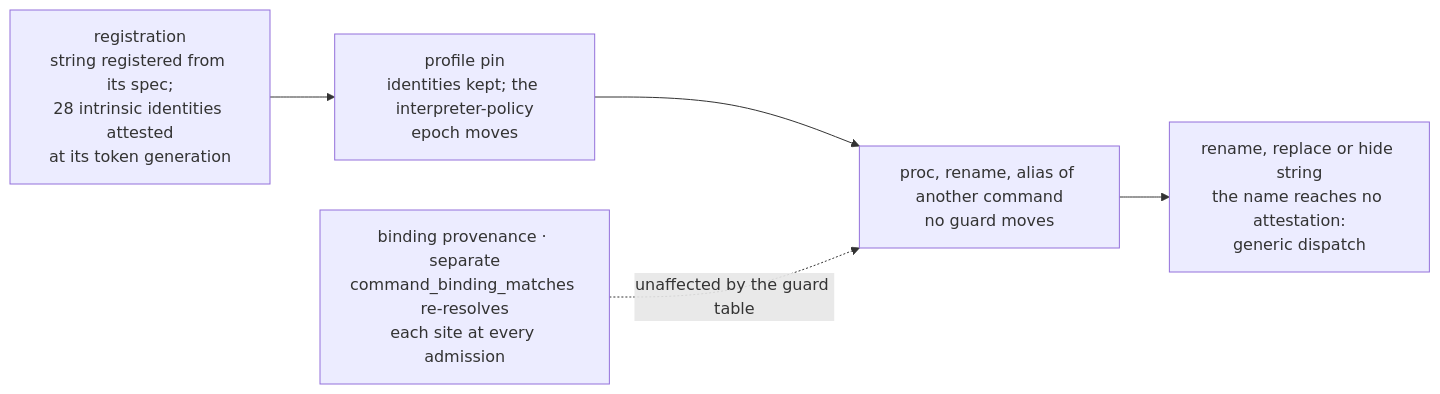
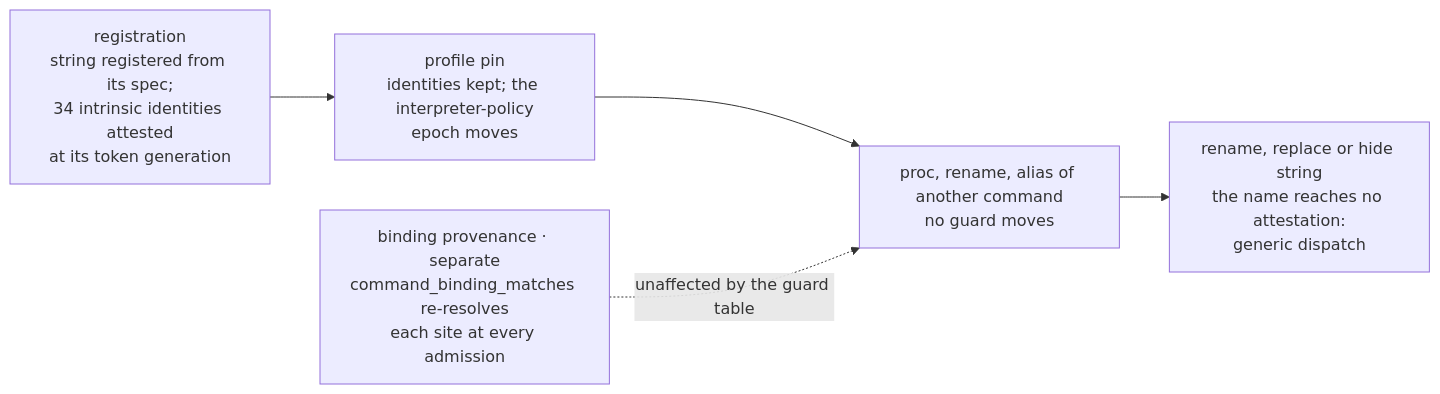
Before and after one commit to bitwisecook/tcl-lsp: the second of 4 diagrams in docs/design/compiler/registry-consumer-contracts.md, drawn with Mermaid. The commit also changed 135 other files, not shown here.

````diff
--- a/docs/design/compiler/registry-consumer-contracts.md
+++ b/docs/design/compiler/registry-consumer-contracts.md
@@ -1620,10 +1620,10 @@
 ```mermaid
 flowchart LR
-    R["registration<br/>string registered from its spec;<br/>28 intrinsic identities attested<br/>at its token generation"]
+    R["registration<br/>string registered from its spec;<br/>34 intrinsic identities attested<br/>at its token generation"]
     P["profile pin<br/>identities kept; the interpreter-policy<br/>epoch moves"]
     M["proc, rename, alias of another command<br/>no guard moves"]
     N["rename, replace or hide string<br/>the name reaches no attestation:<br/>generic dispatch"]
     R --> P --> M --> N
     B["binding provenance · separate<br/>command_binding_matches re-resolves<br/>each site at every admission"]
     B -. unaffected by the guard table .-> M
 ```
````
